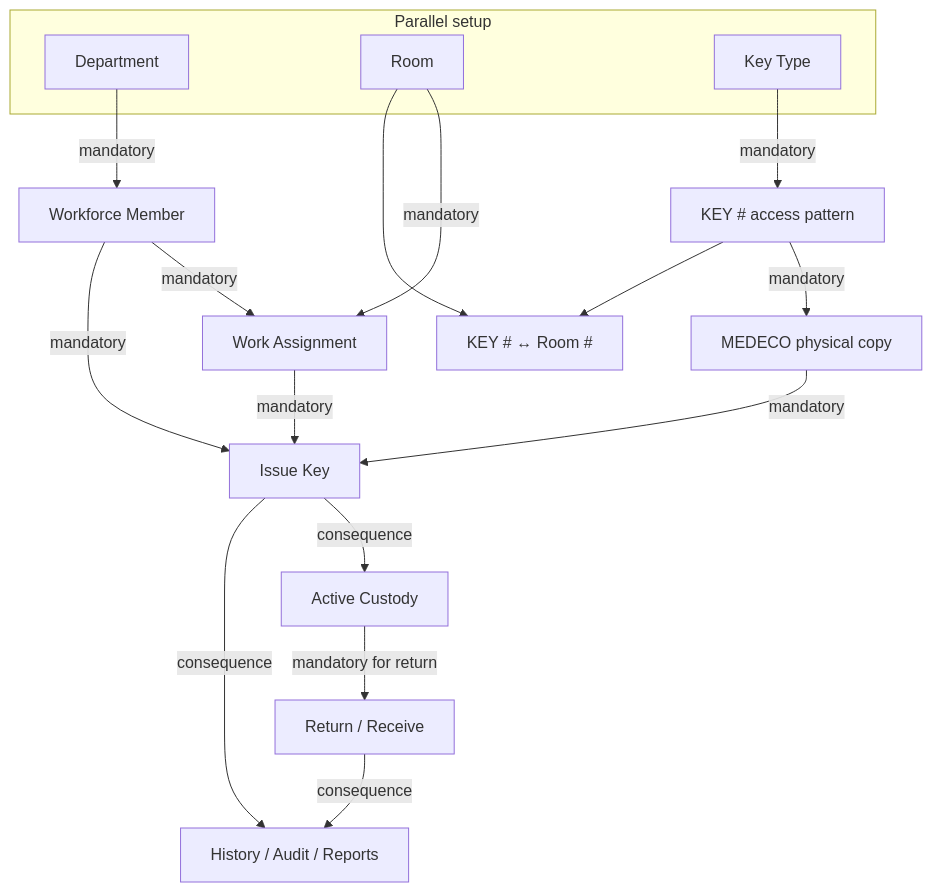
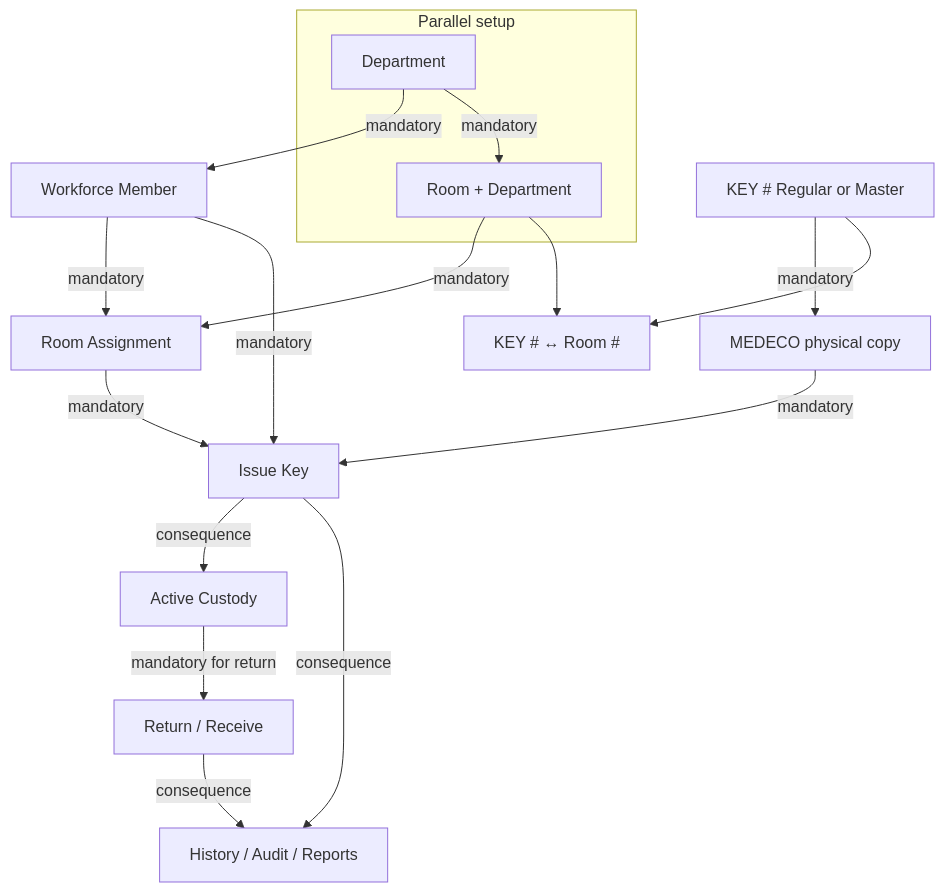
One commit to bobtenfour/keys changed the first of 2 diagrams in documentation/operator/keyinventory-operator-guide.md. Above: the diagram before and after it, drawn with Mermaid. The commit also changed other lines of this file and 176 other files, not shown here.

Commit message:
Reconcile key lifecycle access model and operator UX

````diff
--- a/documentation/operator/keyinventory-operator-guide.md
+++ b/documentation/operator/keyinventory-operator-guide.md
@@ -51,33 +52,32 @@
 ```mermaid
 flowchart TB
   subgraph parallel ["Parallel setup"]
     D[Department]
-    R[Room]
-    KT[Key Type]
+    R[Room + Department]
   end
 
   WM[Workforce Member]
-  WA[Work Assignment]
-  KN[KEY # access pattern]
+  WA[Room Assignment]
+  KN[KEY # Regular or Master]
   KR[KEY # ↔ Room #]
   COPY[MEDECO physical copy]
   ISSUE[Issue Key]
   ACTIVE[Active Custody]
   RECV[Return / Receive]
   HIST[History / Audit / Reports]
 
   D -->|mandatory| WM
+  D -->|mandatory| R
   R -->|mandatory| WA
   WM -->|mandatory| WA
-  KT -->|mandatory| KN
   KN -->|mandatory| COPY
   KN --> KR
   R --> KR
   WM -->|mandatory| ISSUE
   WA -->|mandatory| ISSUE
   COPY -->|mandatory| ISSUE
   ISSUE -->|consequence| ACTIVE
   ACTIVE -->|mandatory for return| RECV
   ISSUE -->|consequence| HIST
   RECV -->|consequence| HIST
 ```
````
